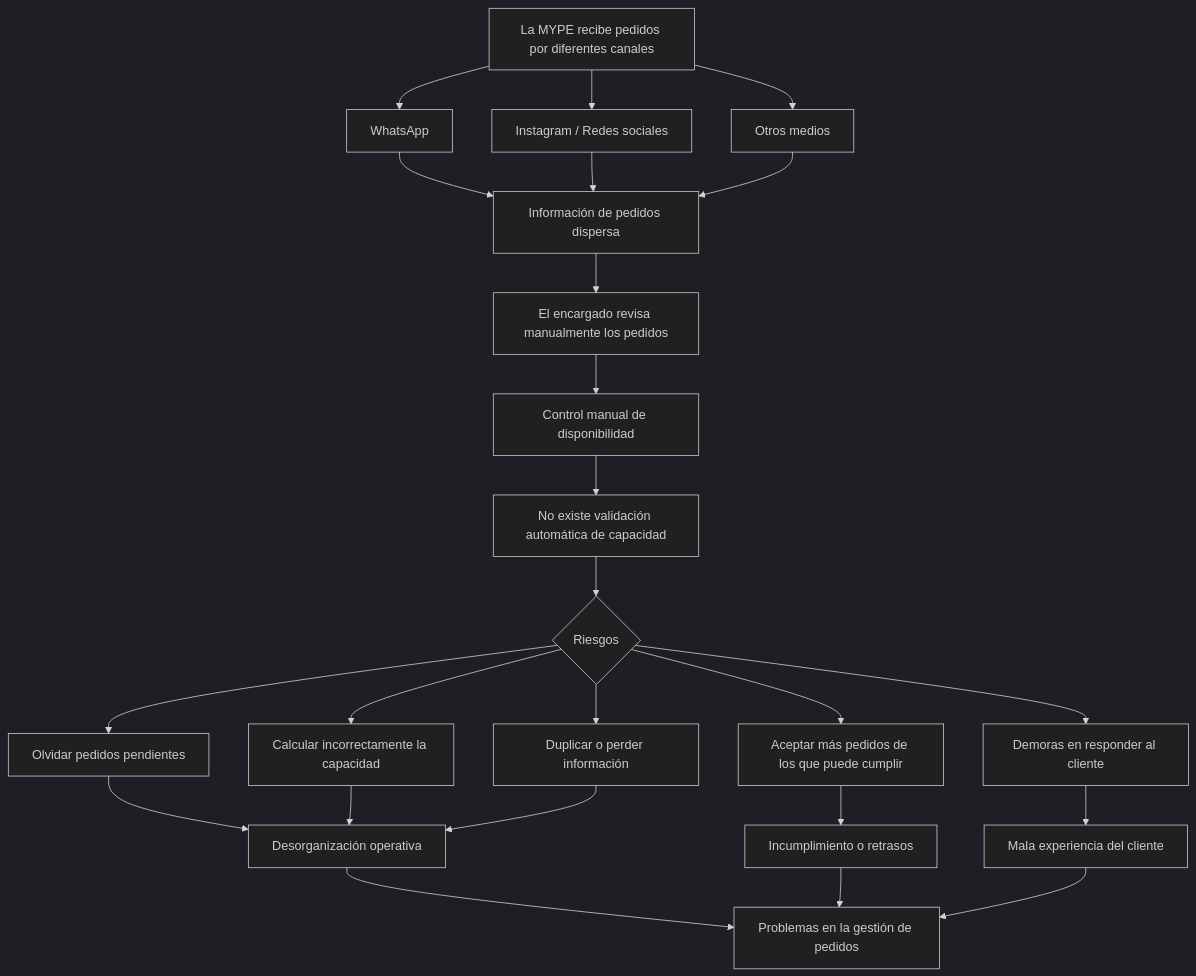
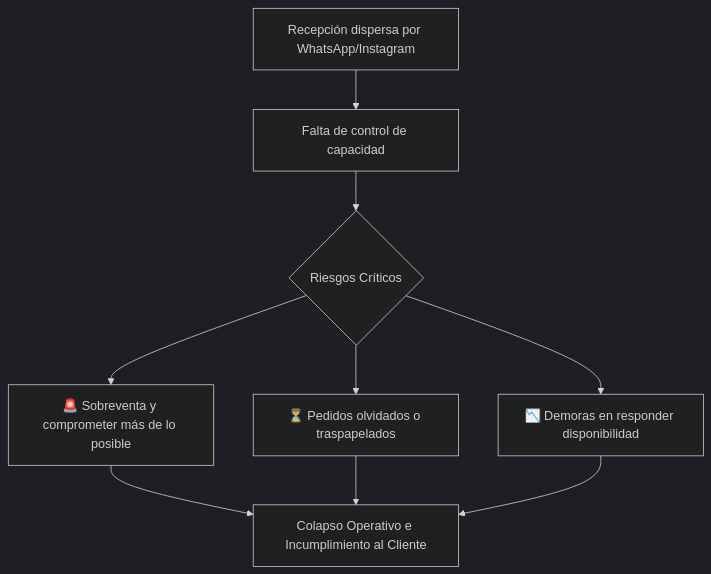
The second of 3 diagrams in docs/04-design/proceso/as-is-to-be.md (iJosueeh/jaldishop), drawn with Mermaid (dark theme) before and after one commit. The commit also changed other lines of this file and 8 other files, not shown here.

````diff
--- a/docs/04-design/proceso/as-is-to-be.md
+++ b/docs/04-design/proceso/as-is-to-be.md
@@ -87,35 +67,13 @@
 ```mermaid
 flowchart TD
-    A[La MYPE recibe pedidos por diferentes canales]
-
-    A --> B[WhatsApp]
-    A --> C[Instagram / Redes sociales]
-    A --> D[Otros medios]
-
-    B --> E[Información de pedidos dispersa]
-    C --> E
-    D --> E
-
-    E --> F[El encargado revisa manualmente los pedidos]
-    F --> G[Control manual de disponibilidad]
-    G --> H[No existe validación automática de capacidad]
-
-    H --> I{Riesgos}
-
-    I --> J[Olvidar pedidos pendientes]
-    I --> K[Calcular incorrectamente la capacidad]
-    I --> L[Duplicar o perder información]
-    I --> M[Aceptar más pedidos de los que puede cumplir]
-    I --> N[Demoras en responder al cliente]
-
-    J --> O[Desorganización operativa]
-    K --> O
-    L --> O
-
-    M --> P[Incumplimiento o retrasos]
-    N --> Q[Mala experiencia del cliente]
-
-    O --> R[Problemas en la gestión de pedidos]
-    P --> R
-    Q --> R
+    A[Recepción dispersa por WhatsApp/Instagram] --> B[Falta de control de capacidad]
+    B --> C{Riesgos Críticos}
+    
+    C --> D[🚨 Sobreventa y comprometer más de lo posible]
+    C --> E[⏳ Pedidos olvidados o traspapelados]
+    C --> F[📉 Demoras en responder disponibilidad]
+    
+    D --> G[Colapso Operativo e Incumplimiento al Cliente]
+    E --> G
+    F --> G
 ```
````
